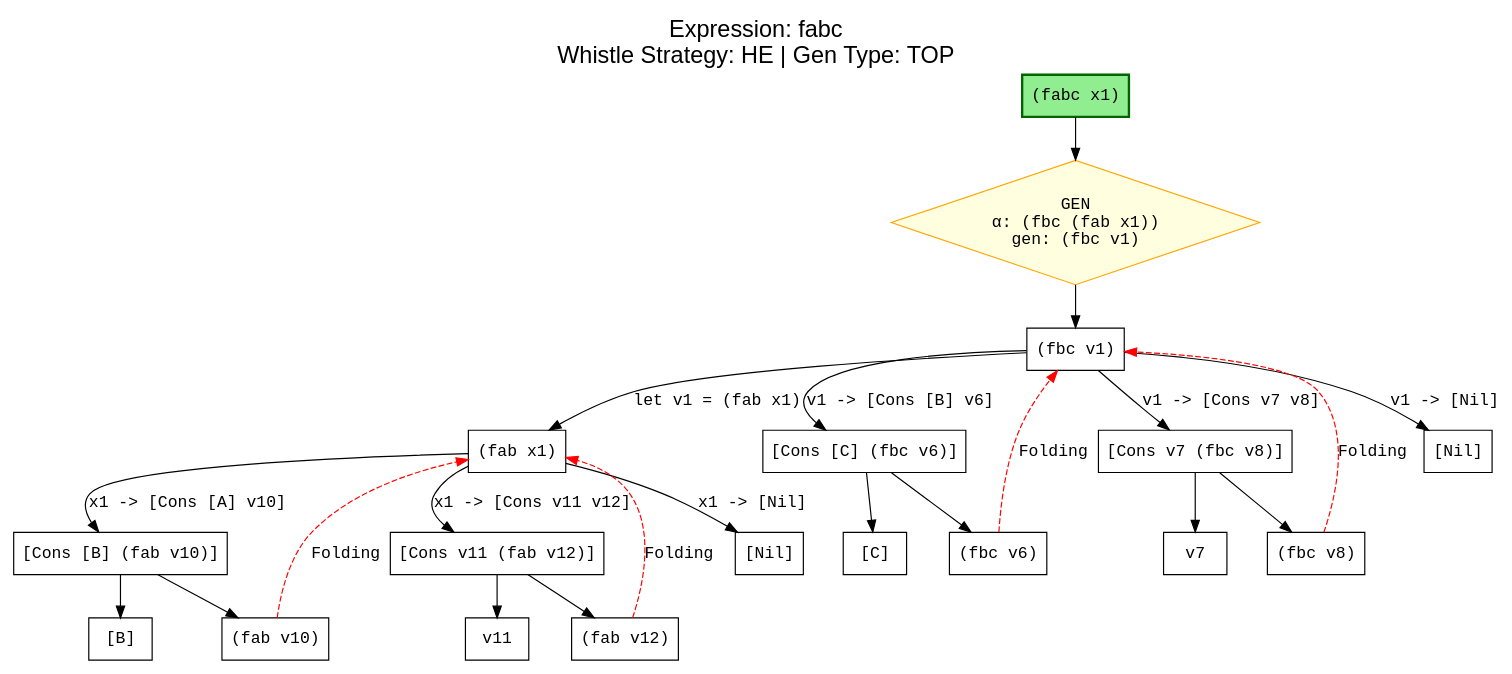
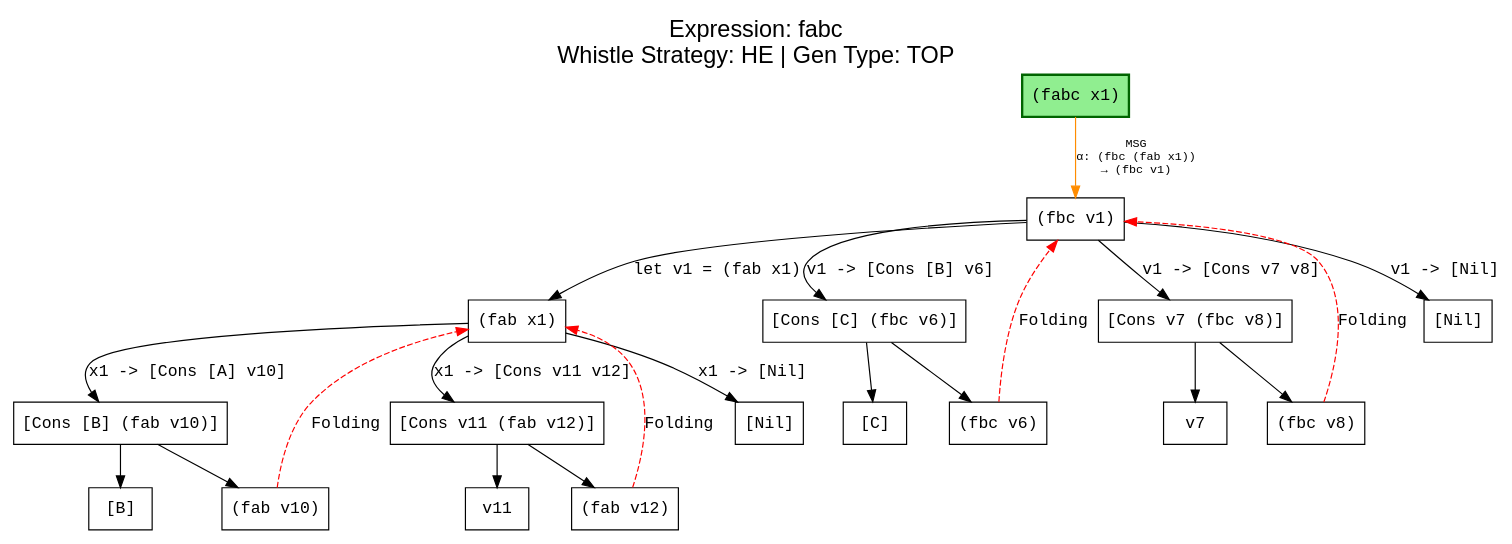
The diagram in output/test4/he_fabc.dot (makezh/coursework_supercompiler), drawn with Graphviz before and after one commit. The commit also changed 4 other files, not shown here.

```diff
--- a/output/test4/he_fabc.dot
+++ b/output/test4/he_fabc.dot
@@ -1,48 +1,46 @@
 digraph ProcessTree {
   label="Expression: fabc\nWhistle Strategy: HE | Gen Type: TOP";
   labelloc="t";
   fontsize=20;
   fontname="Arial";
 
     node [fontname="Courier New"];
     edge [fontname="Courier New"];
     start [label="(fabc x1)", shape=box, style="filled", fillcolor="lightgreen", color="darkgreen", penwidth=2.0];
-    gen1 [label="GEN\nα: (fbc (fab x1))\ngen: (fbc v1)", shape=diamond, style="filled", fillcolor="lightyellow", color="orange"];
-    start -> gen1 [];
-    gen1 -> n0 [];
+    start -> n0 [label="MSG\nα: (fbc (fab x1))\n→ (fbc v1)", color="darkorange", fontcolor="black", fontsize=10];
     n0 [label="(fbc v1)", shape=box];
     n0 -> n1 [label="let v1 = (fab x1)"];
     n0 -> n2 [label="v1 -> [Cons [B] v6]"];
     n0 -> n3 [label="v1 -> [Cons v7 v8]"];
     n0 -> n4 [label="v1 -> [Nil]"];
     n1 [label="(fab x1)", shape=box];
     n1 -> n5 [label="x1 -> [Cons [A] v10]"];
     n1 -> n6 [label="x1 -> [Cons v11 v12]"];
     n1 -> n7 [label="x1 -> [Nil]"];
     n2 [label="[Cons [C] (fbc v6)]", shape=box];
     n2 -> n8 [label=""];
     n2 -> n9 [label=""];
     n3 [label="[Cons v7 (fbc v8)]", shape=box];
     n3 -> n10 [label=""];
     n3 -> n11 [label=""];
     n4 [label="[Nil]", shape=box];
     n5 [label="[Cons [B] (fab v10)]", shape=box];
     n5 -> n12 [label=""];
     n5 -> n13 [label=""];
     n6 [label="[Cons v11 (fab v12)]", shape=box];
     n6 -> n14 [label=""];
     n6 -> n15 [label=""];
     n7 [label="[Nil]", shape=box];
     n8 [label="[C]", shape=box];
     n9 [label="(fbc v6)", shape=box];
     n9 -> n0 [style=dashed, color=red, label="Folding"];
     n10 [label="v7", shape=box];
     n11 [label="(fbc v8)", shape=box];
     n11 -> n0 [style=dashed, color=red, label="Folding"];
     n12 [label="[B]", shape=box];
     n13 [label="(fab v10)", shape=box];
     n13 -> n1 [style=dashed, color=red, label="Folding"];
     n14 [label="v11", shape=box];
     n15 [label="(fab v12)", shape=box];
     n15 -> n1 [style=dashed, color=red, label="Folding"];
 }
```
